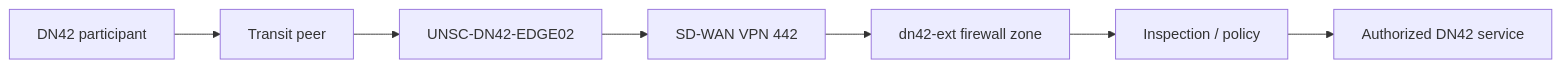
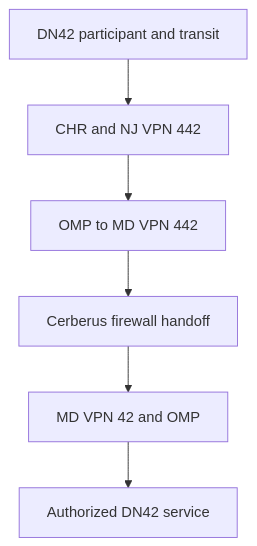
One commit to ksmoove21/unsc-dn42 changed the first of 3 diagrams in docs/data-flows.md. Above: the diagram before and after it, drawn with Mermaid. The commit also changed other lines of this file, not shown here.

Commit message:
Document MD firewall handoff and internal ASN scheme

````diff
--- a/docs/data-flows.md
+++ b/docs/data-flows.md
@@ -21,9 +21,8 @@
 ```mermaid
-flowchart LR
-  P["DN42 participant"] --> T["Transit peer"]
-  T --> E["UNSC-DN42-EDGE02"]
-  E --> V["SD-WAN VPN 442"]
-  V --> Z["dn42-ext firewall zone"]
-  Z --> F["Inspection / policy"]
-  F --> W["Authorized DN42 service"]
+flowchart TB
+  A["DN42 participant and transit"] --> B["CHR and NJ VPN 442"]
+  B --> C["OMP to MD VPN 442"]
+  C --> D["Cerberus firewall handoff"]
+  D --> E["MD VPN 42 and OMP"]
+  E --> F["Authorized DN42 service"]
 ```
````
